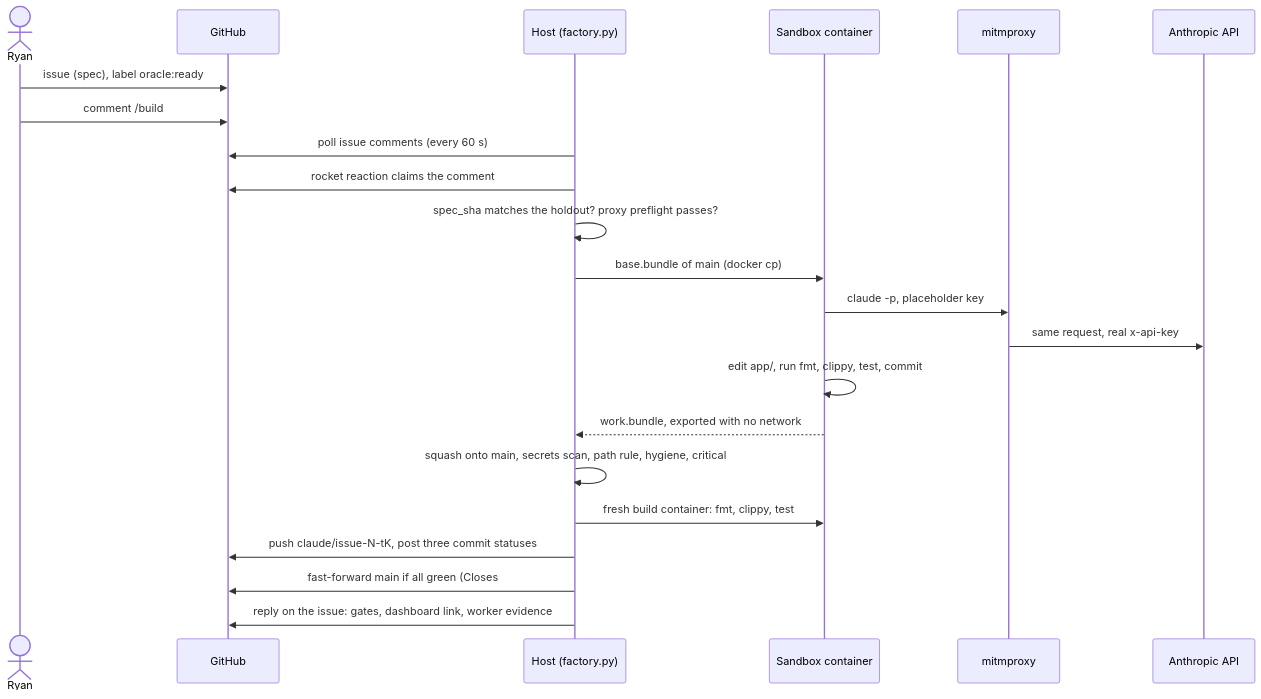
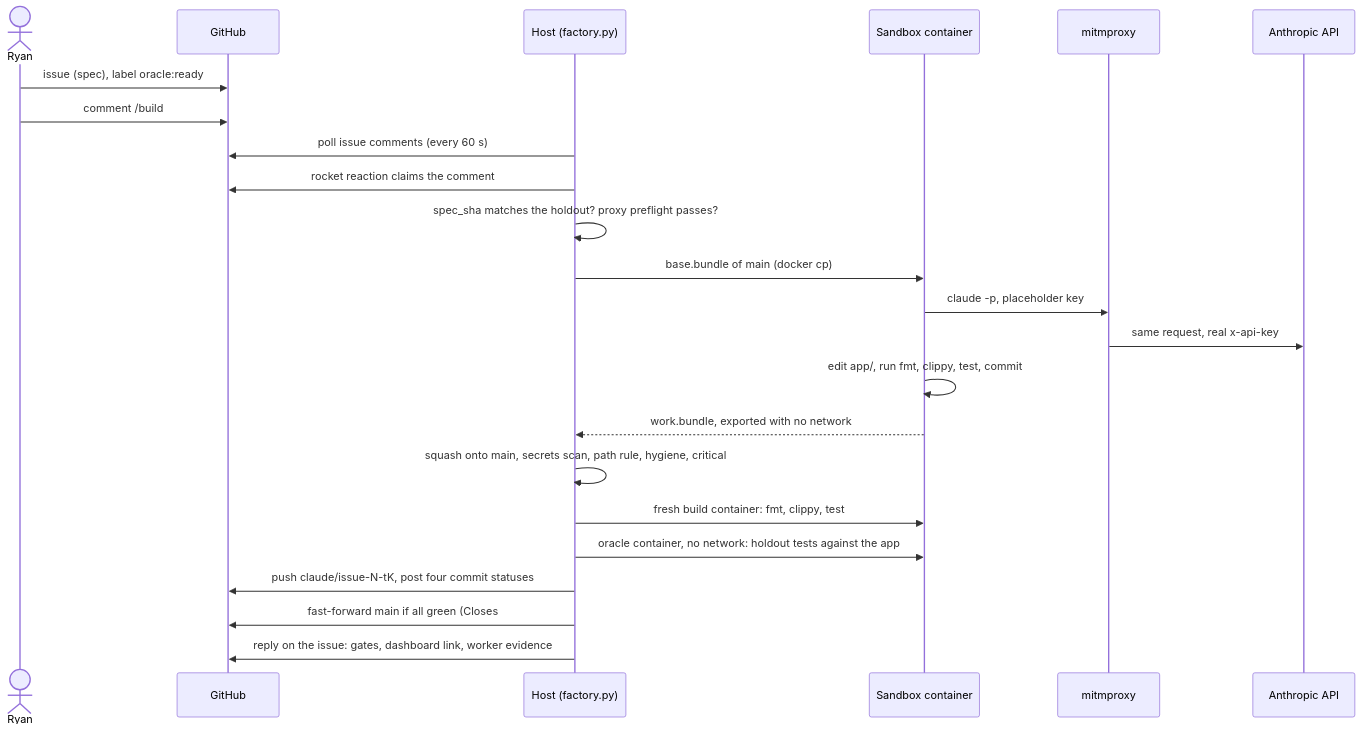
One commit to rhprasad0/factory-scoreboard changed the first of 4 diagrams in ARCHITECTURE.md. Above: the diagram before and after it, drawn with Mermaid. The commit also changed other lines of this file and 9 other files, not shown here.

First line of the commit message:
Make the holdout oracle a landing gate

````diff
--- a/ARCHITECTURE.md
+++ b/ARCHITECTURE.md
@@ -26,25 +26,26 @@
 ```mermaid
 sequenceDiagram
     actor Ryan
     participant GH as GitHub
     participant Host as Host (factory.py)
     participant SB as Sandbox container
     participant Proxy as mitmproxy
     participant API as Anthropic API
 
     Ryan->>GH: issue (spec), label oracle:ready
     Ryan->>GH: comment /build
     Host->>GH: poll issue comments (every 60 s)
     Host->>GH: rocket reaction claims the comment
     Host->>Host: spec_sha matches the holdout? proxy preflight passes?
     Host->>SB: base.bundle of main (docker cp)
     SB->>Proxy: claude -p, placeholder key
     Proxy->>API: same request, real x-api-key
     SB->>SB: edit app/, run fmt, clippy, test, commit
     SB-->>Host: work.bundle, exported with no network
     Host->>Host: squash onto main, secrets scan, path rule, hygiene, critical
     Host->>SB: fresh build container: fmt, clippy, test
-    Host->>GH: push claude/issue-N-tK, post three commit statuses
+    Host->>SB: oracle container, no network: holdout tests against the app
+    Host->>GH: push claude/issue-N-tK, post four commit statuses
     Host->>GH: fast-forward main if all green (Closes #N closes the issue)
     Host->>GH: reply on the issue: gates, dashboard link, worker evidence
 ```
````
